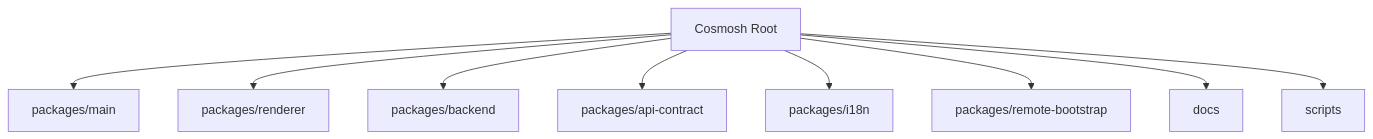
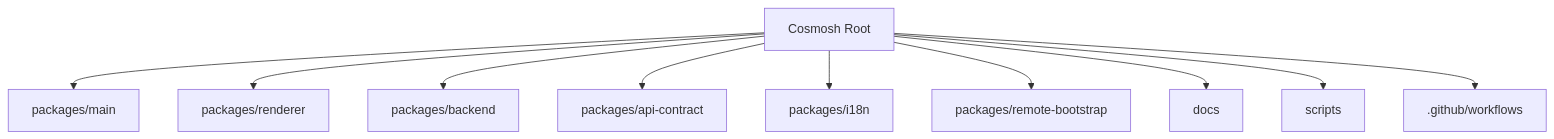
The first of 2 diagrams in docs/developer/core/project-map.md (XYZ1024-alt/Cosmosh), drawn with Mermaid before and after one commit. The commit also changed other lines of this file and 18 other files, not shown here.

````diff
--- a/docs/developer/core/project-map.md
+++ b/docs/developer/core/project-map.md
@@ -5,12 +5,13 @@
 ```mermaid
 flowchart TB
   ROOT[Cosmosh Root]
   ROOT --> MAIN[packages/main]
   ROOT --> RENDERER[packages/renderer]
   ROOT --> BACKEND[packages/backend]
   ROOT --> API[packages/api-contract]
   ROOT --> I18N[packages/i18n]
   ROOT --> REMOTE[packages/remote-bootstrap]
   ROOT --> DOCS[docs]
   ROOT --> SCRIPTS[scripts]
+  ROOT --> CI[".github/workflows"]
 ```
````
